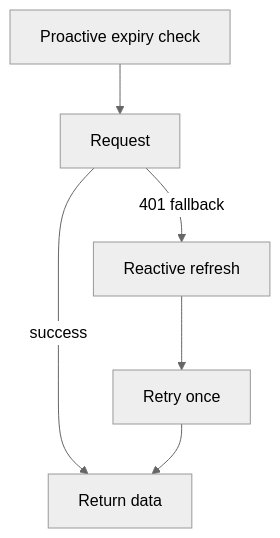
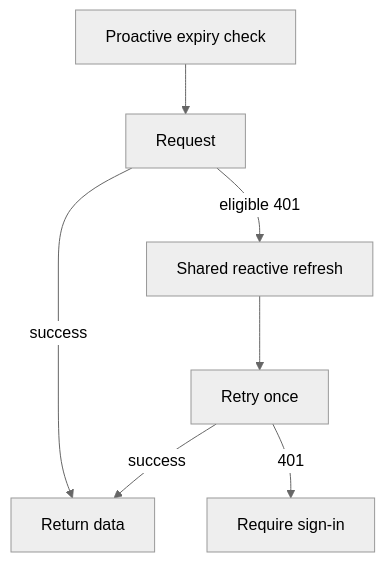
Before and after one commit to mhasabalah/StarterKit: the fourth of 5 diagrams in wiki/Identity/jwt/TokenRefreshStrategies.md, drawn with Mermaid (neutral theme). The commit also changed other lines of this file and 7 other files, not shown here.

````diff
--- a/wiki/Identity/jwt/TokenRefreshStrategies.md
+++ b/wiki/Identity/jwt/TokenRefreshStrategies.md
@@ -1116,8 +101,9 @@
 ```mermaid
 flowchart TB
   P[Proactive expiry check] --> R[Request]
-  R -->|401 fallback| F[Reactive refresh]
+  R -->|eligible 401| F[Shared reactive refresh]
   F --> T[Retry once]
   R -->|success| D[Return data]
-  T --> D
+  T -->|success| D
+  T -->|401| L[Require sign-in]
 ```
````
